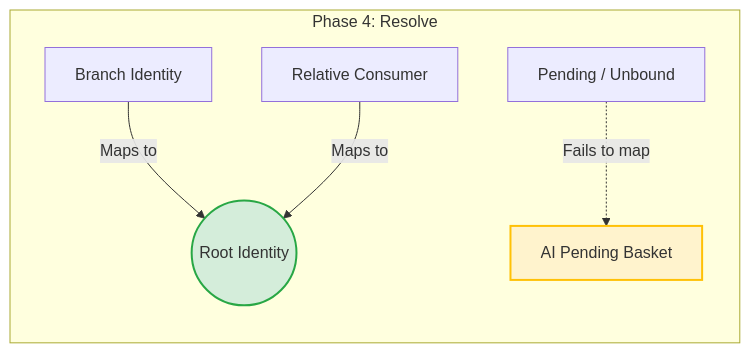
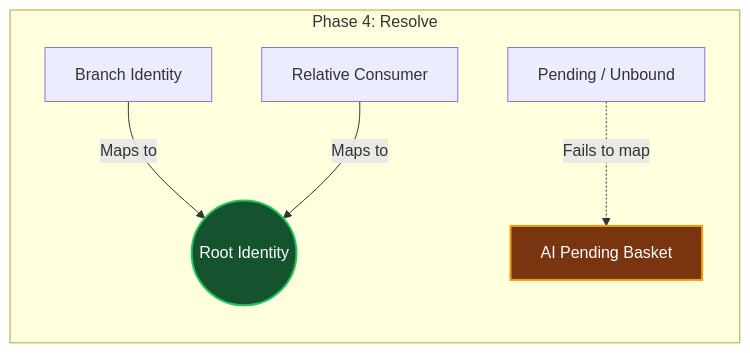
Before and after one commit to budment/budment: the fourth of 5 diagrams in docs/pipline/parse.md, drawn with Mermaid. The commit also changed other lines of this file and 1 other file, not shown here.

````diff
--- a/docs/pipline/parse.md
+++ b/docs/pipline/parse.md
@@ -98,10 +99,11 @@
 ```mermaid
 flowchart LR
     subgraph Phase 4: Resolve
         Branch[Branch Identity] -->|Maps to| Root((Root Identity))
         Relative[Relative Consumer] -->|Maps to| Root
         Pending[Pending / Unbound] -.->|Fails to map| Basket[AI Pending Basket]
     end
-    style Root fill:#d4edda,stroke:#28a745,stroke-width:2px
-    style Basket fill:#fff3cd,stroke:#ffc107,stroke-width:2px
+
+    style Root fill:#14532d,stroke:#22c55e,stroke-width:2px,color:#ffffff
+    style Basket fill:#78350f,stroke:#f59e0b,stroke-width:2px,color:#ffffff
 ```
````
